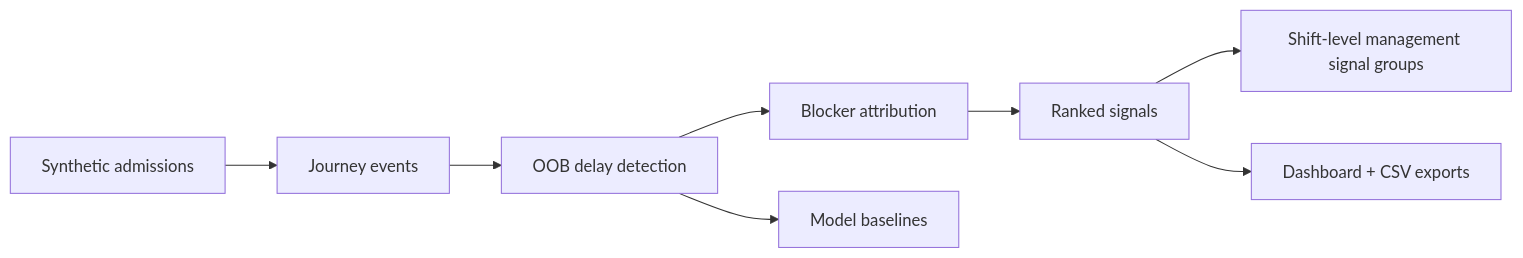
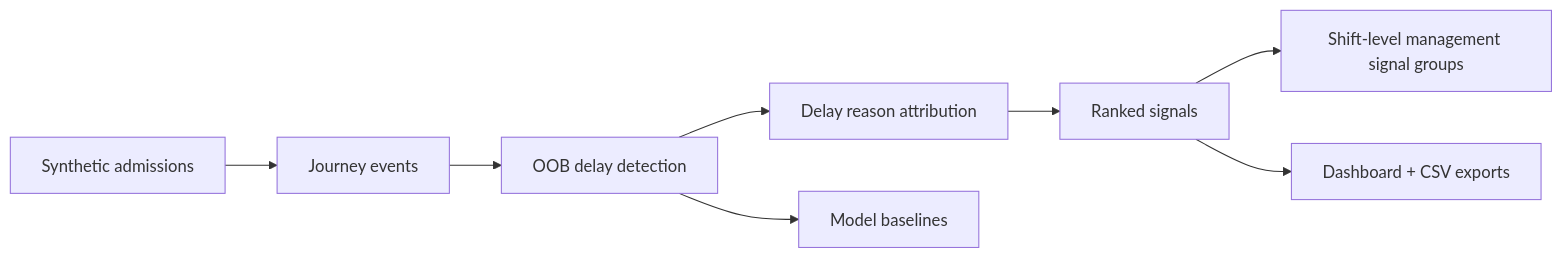
Before and after one commit to AndrewMichael2020/discharge-delay-flags: the diagram in README.md, drawn with Mermaid. The commit also changed other lines of this file and 6 other files, not shown here.

````diff
--- a/README.md
+++ b/README.md
@@ -73,10 +73,10 @@
 ```mermaid
 flowchart LR
   A["Synthetic admissions"] --> B["Journey events"]
   B --> C["OOB delay detection"]
-  C --> D["Blocker attribution"]
+  C --> D["Delay reason attribution"]
   D --> E["Ranked signals"]
   E --> F["Shift-level management signal groups"]
   E --> G["Dashboard + CSV exports"]
   C --> H["Model baselines"]
 ```
````
